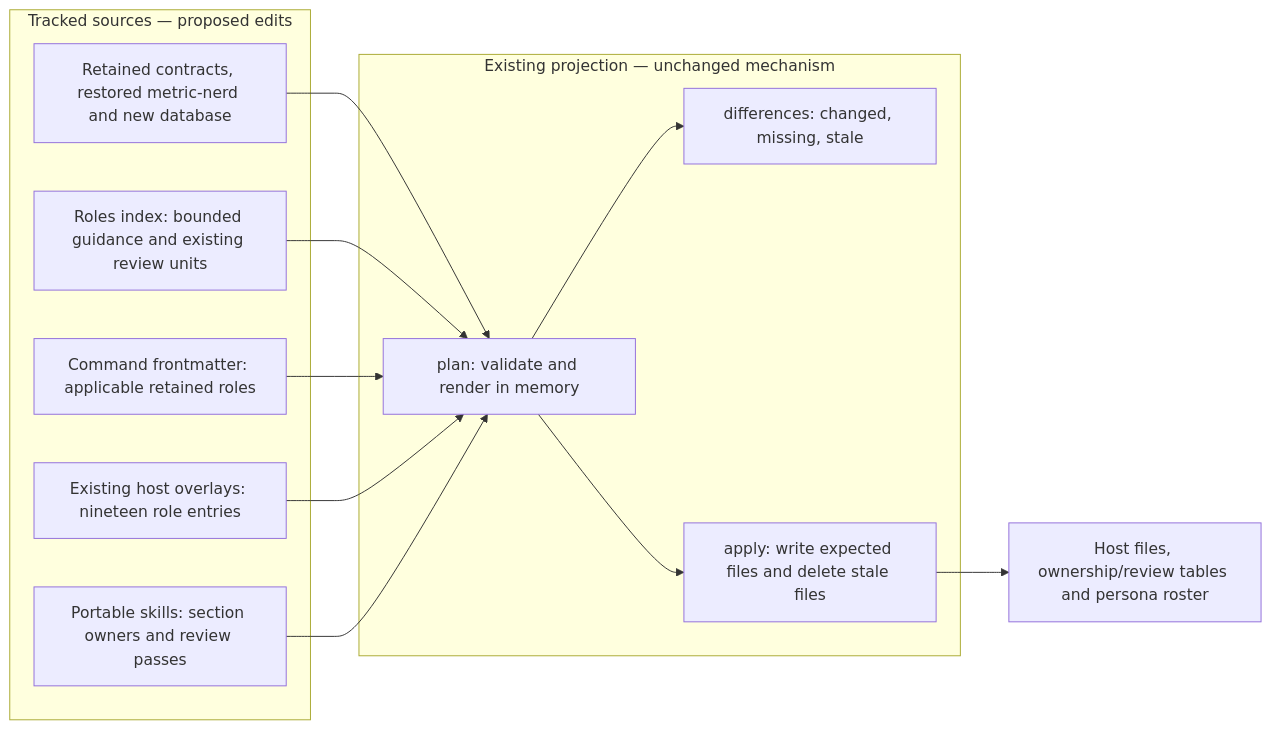
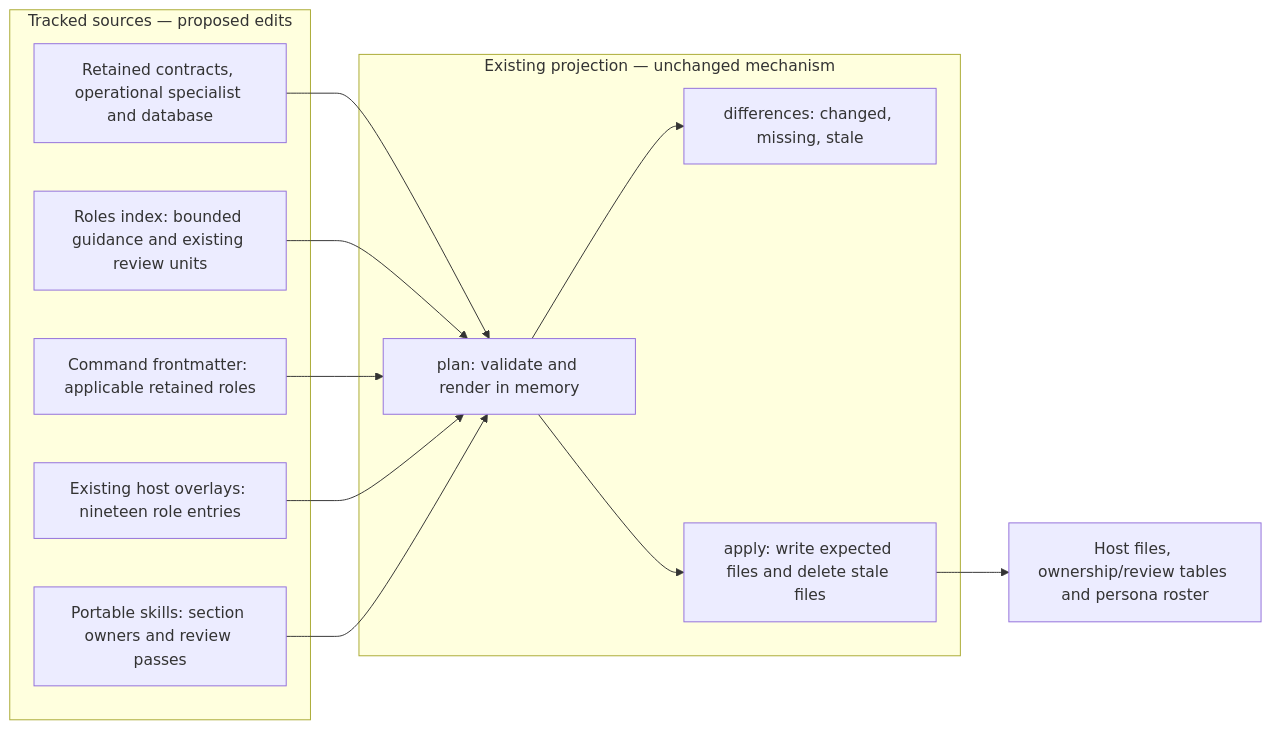
The first of 3 diagrams in agents/.spec/README.md (RLittlesII/agents), drawn with Mermaid before and after one commit. The commit also changed other lines of this file, not shown here.

````diff
--- a/agents/.spec/README.md
+++ b/agents/.spec/README.md
@@ -337,19 +341,19 @@
 ```mermaid
 flowchart LR
     subgraph Sources["Tracked sources — proposed edits"]
-        Contracts["Retained contracts, restored metric-nerd and new database"]
+        Contracts["Retained contracts, operational specialist and database"]
         Index["Roles index: bounded guidance and existing review units"]
         Commands["Command frontmatter: applicable retained roles"]
         Hosts["Existing host overlays: nineteen role entries"]
         Skills["Portable skills: section owners and review passes"]
     end
     subgraph Existing["Existing projection — unchanged mechanism"]
         Plan["plan: validate and render in memory"]
         Check["differences: changed, missing, stale"]
         Apply["apply: write expected files and delete stale files"]
     end
     Contracts & Index & Commands & Hosts & Skills --> Plan
     Plan --> Check
     Plan --> Apply
     Apply --> Outputs["Host files, ownership/review tables and persona roster"]
 ```
````
